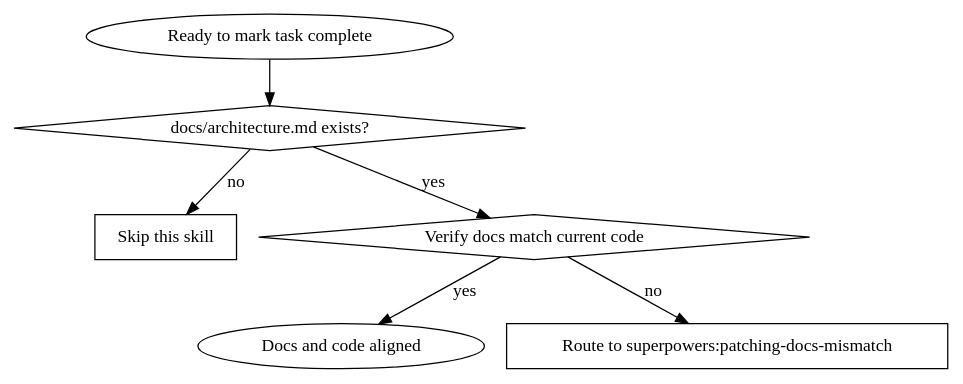
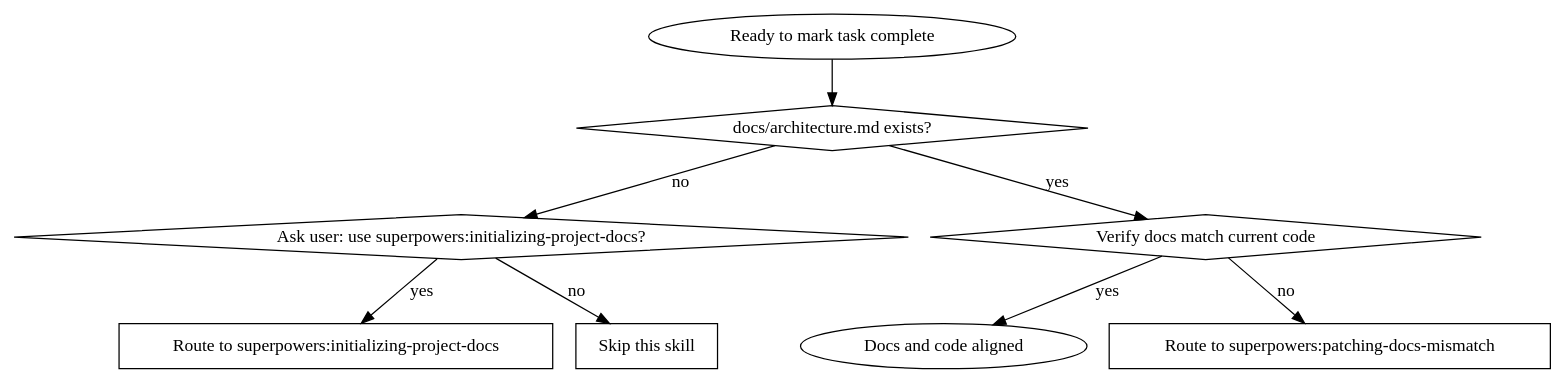
Before and after one commit to Seele64/superpowers-auto-docs: the diagram in skills/maintaining-docs-sync/SKILL.md, drawn with Graphviz. The commit also changed other lines of this file and 42 other files, not shown here.

````diff
--- a/skills/maintaining-docs-sync/SKILL.md
+++ b/skills/maintaining-docs-sync/SKILL.md
@@ -25,17 +25,21 @@
 ```dot
 digraph docs_sync_check_flow {
     rankdir=TB;
     start [label="Ready to mark task complete", shape=ellipse];
     check [label="docs/architecture.md exists?", shape=diamond];
-   missing [label="Skip this skill", shape=box];
+   missing [label="Ask user: use superpowers:initializing-project-docs?", shape=diamond];
+   init [label="Route to superpowers:initializing-project-docs", shape=box];
+   skip [label="Skip this skill", shape=box];
     verify [label="Verify docs match current code", shape=diamond];
     aligned [label="Docs and code aligned", shape=ellipse];
     mismatch [label="Route to superpowers:patching-docs-mismatch", shape=box];
 
     start -> check;
-    check -> missing [label="no"];
+   check -> missing [label="no"];
+   missing -> init [label="yes"];
+   missing -> skip [label="no"];
     check -> verify [label="yes"];
     verify -> aligned [label="yes"];
     verify -> mismatch [label="no"];
 }
 ```
````
